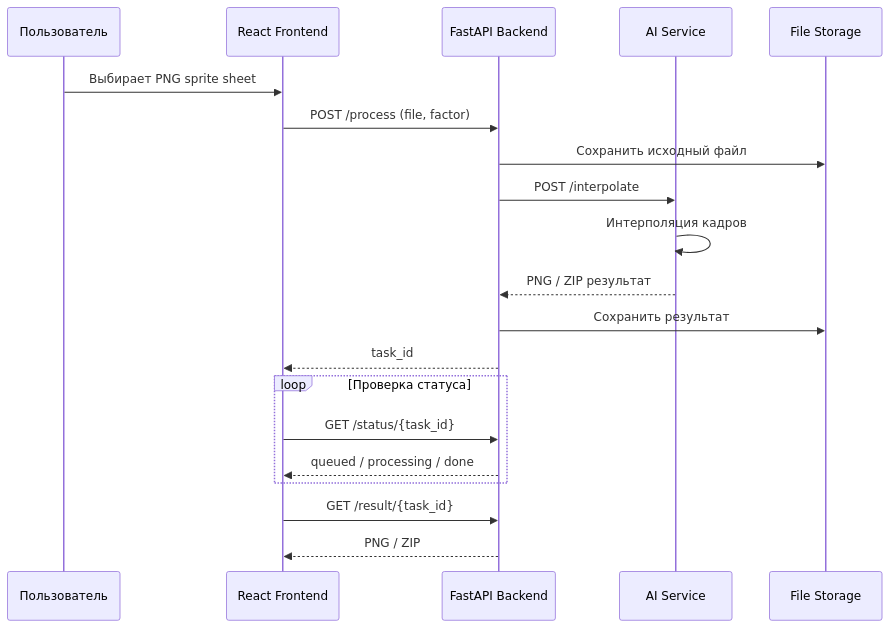
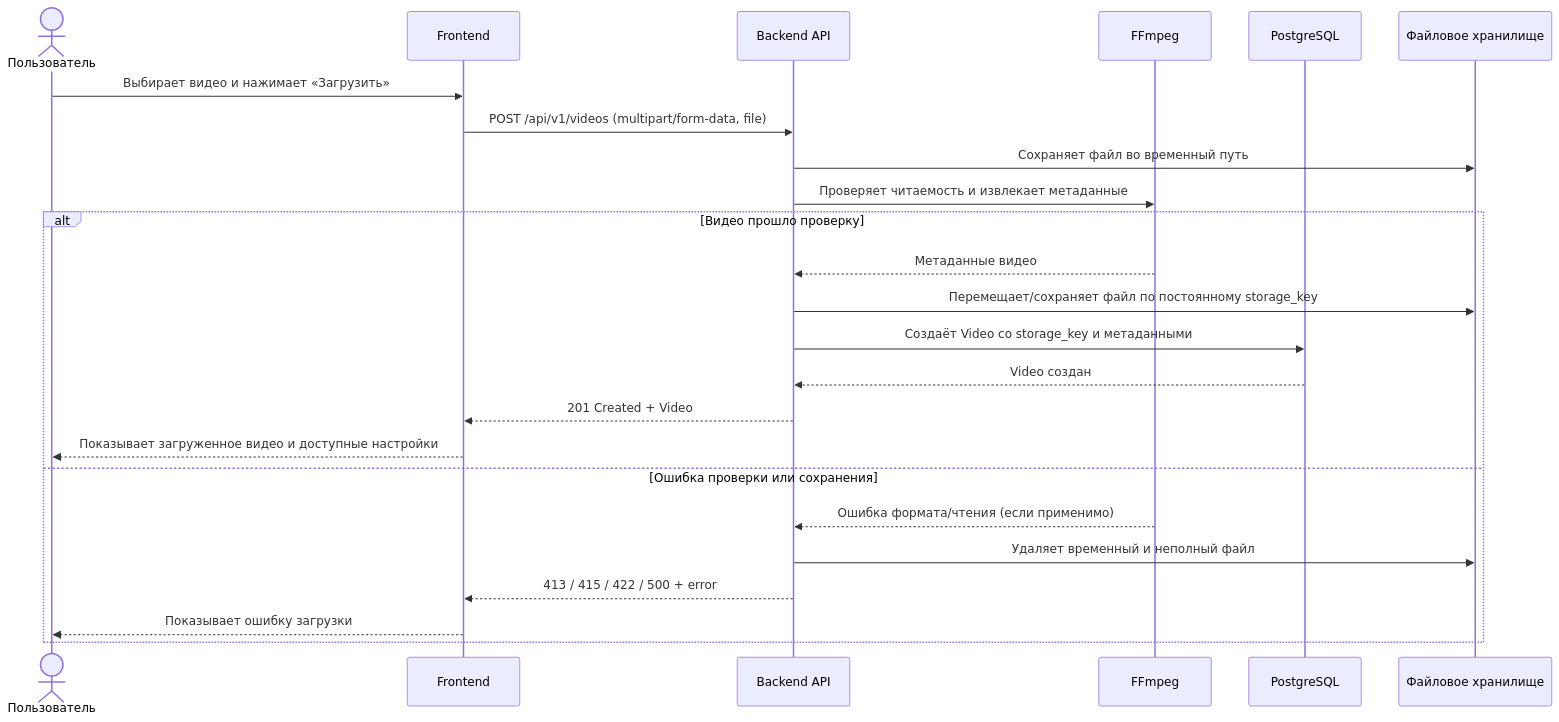
One commit to od1sr/sprite-interpolator changed the first of 11 diagrams in docs/api_sequence_diagram.md. Above: the diagram before and after it, drawn with Mermaid. The commit also changed other lines of this file and 2 other files, not shown here.

Commit message:
Update README.md, docs (api.md, api_sequence_diagram.md)

````diff
--- a/docs/api_sequence_diagram.md
+++ b/docs/api_sequence_diagram.md
@@ -5,28 +7,27 @@
 ```mermaid
 sequenceDiagram
-    participant User as Пользователь
-    participant Frontend as React Frontend
-    participant Backend as FastAPI Backend
-    participant AI as AI Service
-    participant Storage as File Storage
+    actor User as Пользователь
+    participant Front as Frontend
+    participant API as Backend API
+    participant FF as FFmpeg
+    participant DB as PostgreSQL
+    participant FS as Файловое хранилище
 
-    User->>Frontend: Выбирает PNG sprite sheet
-    Frontend->>Backend: POST /process (file, factor)
-
-    Backend->>Storage: Сохранить исходный файл
-    Backend->>AI: POST /interpolate
-
-    AI->>AI: Интерполяция кадров
-    AI-->>Backend: PNG / ZIP результат
-
-    Backend->>Storage: Сохранить результат
-    Backend-->>Frontend: task_id
-
-    loop Проверка статуса
-        Frontend->>Backend: GET /status/{task_id}
-        Backend-->>Frontend: queued / processing / done
+    User->>Front: Выбирает видео и нажимает «Загрузить»
+    Front->>API: POST /api/v1/videos (multipart/form-data, file)
+    API->>FS: Сохраняет файл во временный путь
+    API->>FF: Проверяет читаемость и извлекает метаданные
+    alt Видео прошло проверку
+        FF-->>API: Метаданные видео
+        API->>FS: Перемещает/сохраняет файл по постоянному storage_key
+        API->>DB: Создаёт Video со storage_key и метаданными
+        DB-->>API: Video создан
+        API-->>Front: 201 Created + Video
+        Front-->>User: Показывает загруженное видео и доступные настройки
+    else Ошибка проверки или сохранения
+        FF-->>API: Ошибка формата/чтения (если применимо)
+        API->>FS: Удаляет временный и неполный файл
+        API-->>Front: 413 / 415 / 422 / 500 + error
+        Front-->>User: Показывает ошибку загрузки
     end
-
-    Frontend->>Backend: GET /result/{task_id}
-    Backend-->>Frontend: PNG / ZIP
 ```
````
